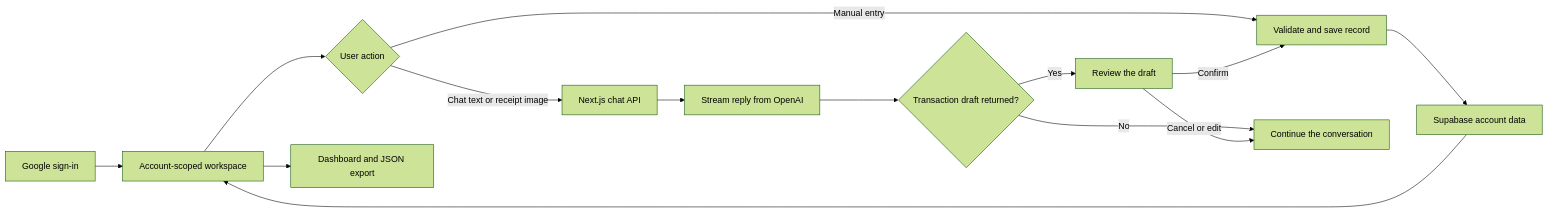
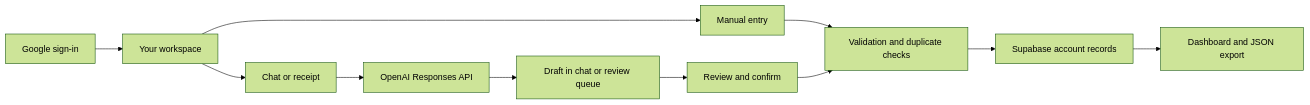
One commit to kongnarainku-Best/Paoween-v1 changed the diagram in README.md. Above: the diagram before and after it, drawn with Mermaid (forest theme). The commit also changed other lines of this file and 1 other file, not shown here.

````diff
--- a/README.md
+++ b/README.md
@@ -9,16 +36,13 @@
 ```mermaid
 flowchart LR
-    A[Google sign-in] --> B[Account-scoped workspace]
-    B --> C{User action}
-    C -->|Manual entry| D[Validate and save record]
-    C -->|Chat text or receipt image| E[Next.js chat API]
-    E --> F[Stream reply from OpenAI]
-    F --> G{Transaction draft returned?}
-    G -->|No| H[Continue the conversation]
-    G -->|Yes| I[Review the draft]
-    I -->|Cancel or edit| H
-    I -->|Confirm| D
-    D --> J[Supabase account data]
-    J --> B
-    B --> K[Dashboard and JSON export]
+    A[Google sign-in] --> B[Your workspace]
+    B --> C[Manual entry]
+    B --> D[Chat or receipt]
+    D --> E[OpenAI Responses API]
+    E --> F[Draft in chat or review queue]
+    F --> G[Review and confirm]
+    C --> H[Validation and duplicate checks]
+    G --> H
+    H --> I[Supabase account records]
+    I --> J[Dashboard and JSON export]
 ```
````
